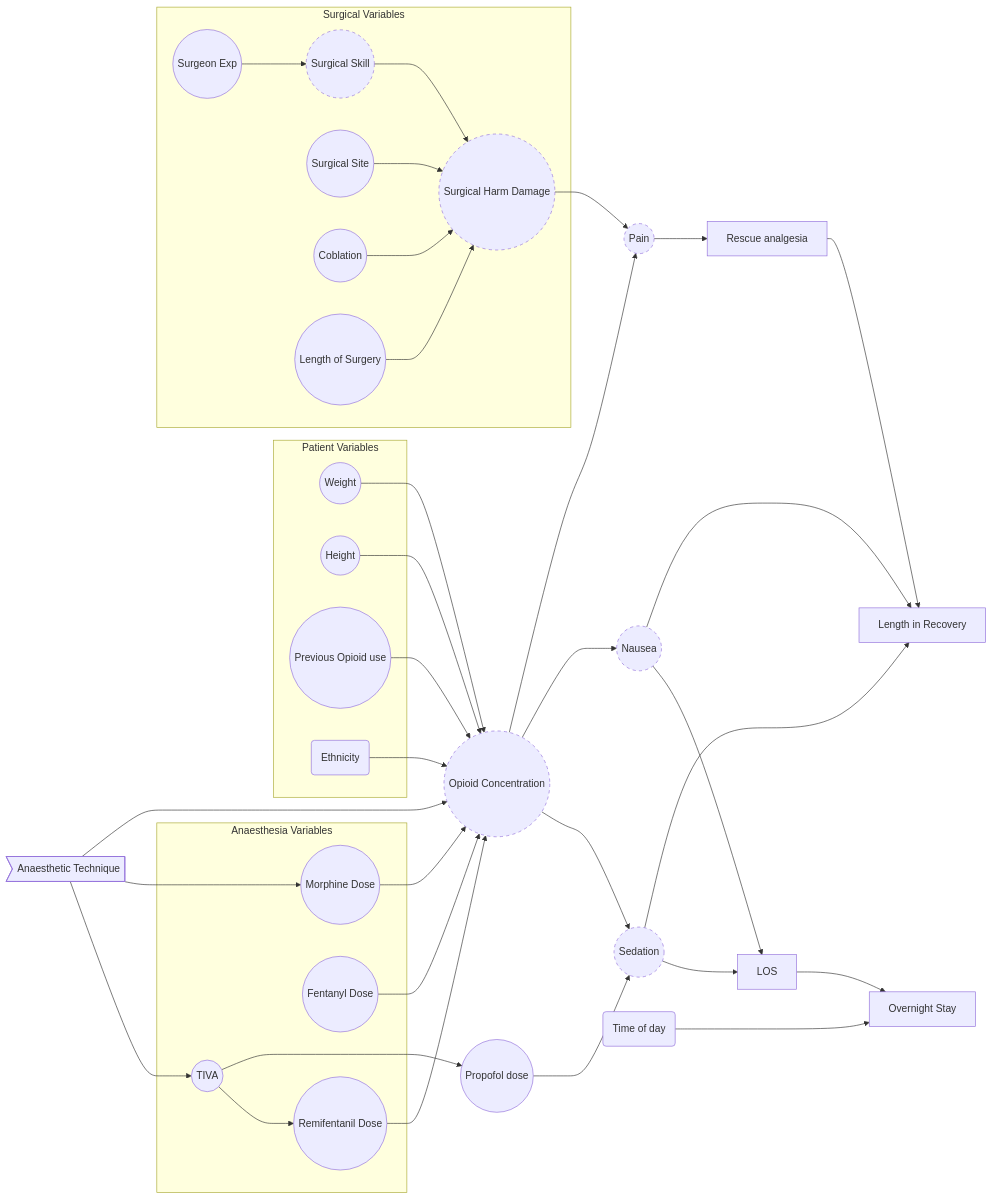
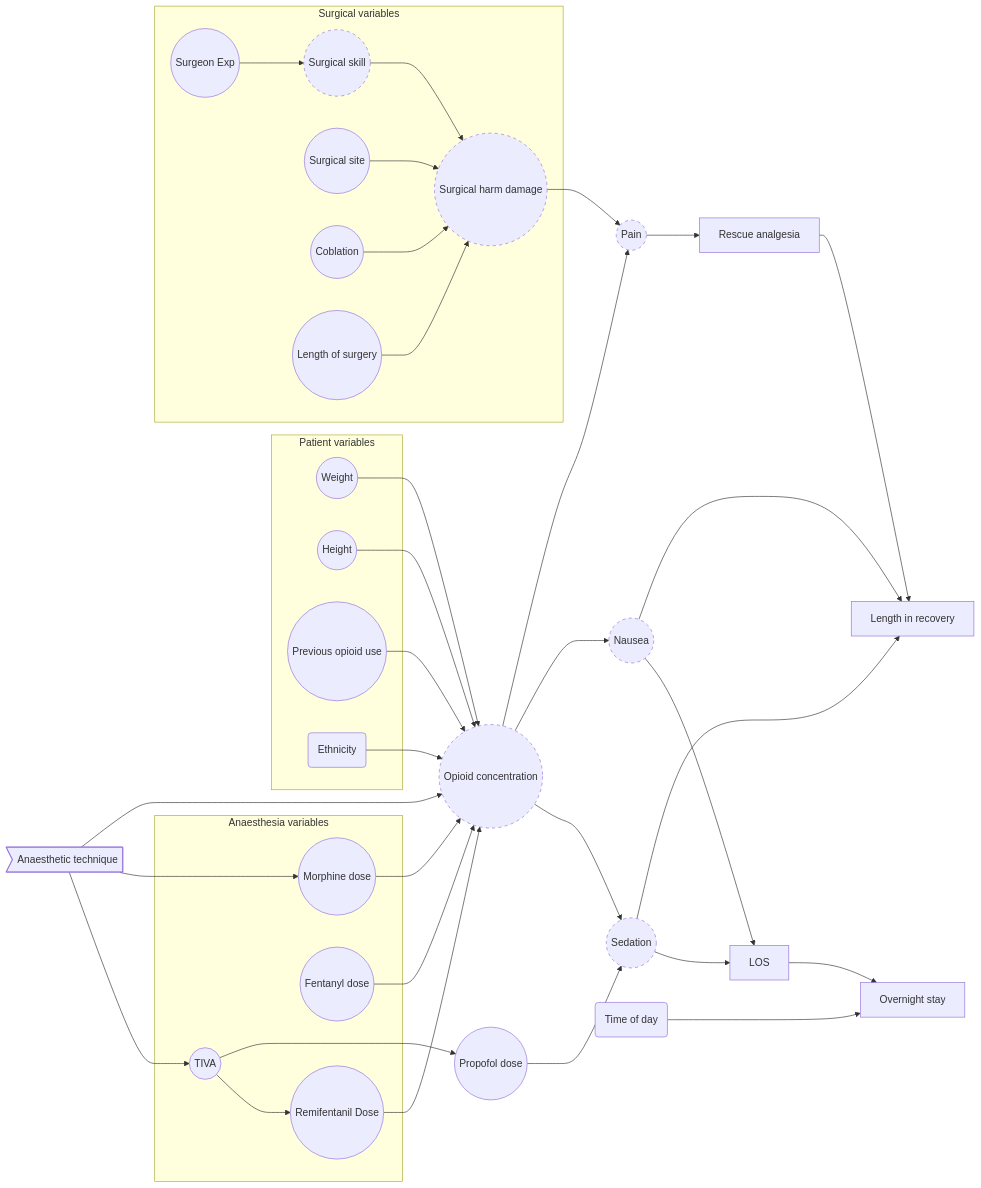
One commit to DW10/tonsillectomy_analgesia changed the diagram in diagrams/sfig-dag.mmd. Above: the diagram before and after it, drawn with Mermaid. The commit also changed 3 other files, not shown here.

```diff
--- a/diagrams/sfig-dag.mmd
+++ b/diagrams/sfig-dag.mmd
@@ -1,87 +1,87 @@
 flowchart LR
     classDef dashedNode stroke-dasharray: 5 5
 
-    AT>Anaesthetic Technique]
+    AT>Anaesthetic technique]
     TIVA((TIVA))
-    MD((Morphine Dose))
-    FD((Fentanyl Dose))
+    MD((Morphine dose))
+    FD((Fentanyl dose))
     WT((Weight))
     HT((Height))
    
-    OC((Previous Opioid use))
+    OC((Previous opioid use))
     ETH(Ethnicity)
-    OAC((Opioid Concentration)):::dashedNode
+    OAC((Opioid concentration)):::dashedNode
     SE((Surgeon Exp))
-    SS((Surgical Skill)):::dashedNode
-    SI((Surgical Site))
-    SHD((Surgical Harm Damage)):::dashedNode
+    SS((Surgical skill)):::dashedNode
+    SI((Surgical site))
+    SHD((Surgical harm damage)):::dashedNode
     COB((Coblation))
-    LOSurg((Length of Surgery))
+    LOSurg((Length of surgery))
     SED((Sedation)):::dashedNode
     NAU((Nausea)):::dashedNode
     PAIN((Pain)):::dashedNode
     TOD(Time of day)
-    ON[Overnight Stay]
+    ON[Overnight stay]
     LOS[LOS]
-    LIR[Length in Recovery]
+    LIR[Length in recovery]
     RR[Rescue analgesia]
     RD((Remifentanil Dose))
     PD((Propofol dose))
 
-    subgraph PV[Patient Variables]
+    subgraph PV[Patient variables]
         WT((Weight))
         HT((Height))
         ETH(Ethnicity)
         OC
     end
 
 
-    subgraph PV2[Anaesthesia Variables]
+    subgraph PV2[Anaesthesia variables]
     TIVA
     MD
     FD
     RD
     RD
     end
 
-      subgraph PV3[Surgical Variables]
+      subgraph PV3[Surgical variables]
     SS
     SI
     SE
     SHD
     COB
     LOSurg
     end
 
     AT --> TIVA
     AT --> MD
     AT --> OAC
 
     TIVA --> RD
     RD --> OAC
     TIVA --> PD
     PD --> SED
 
     MD --> OAC
     FD --> OAC
     WT --> OAC
     HT --> OAC
     OC --> OAC
     ETH --> OAC
     OAC --> SED
     OAC --> NAU
     OAC --> PAIN
     SE --> SS
     SS --> SHD
     SI --> SHD
     COB --> SHD
     LOSurg --> SHD
     SHD --> PAIN
     PAIN --> RR
     RR --> LIR
     SED --> LOS
     SED --> LIR
     NAU --> LOS
     NAU --> LIR
     TOD ---> ON
     LOS --> ON
```
